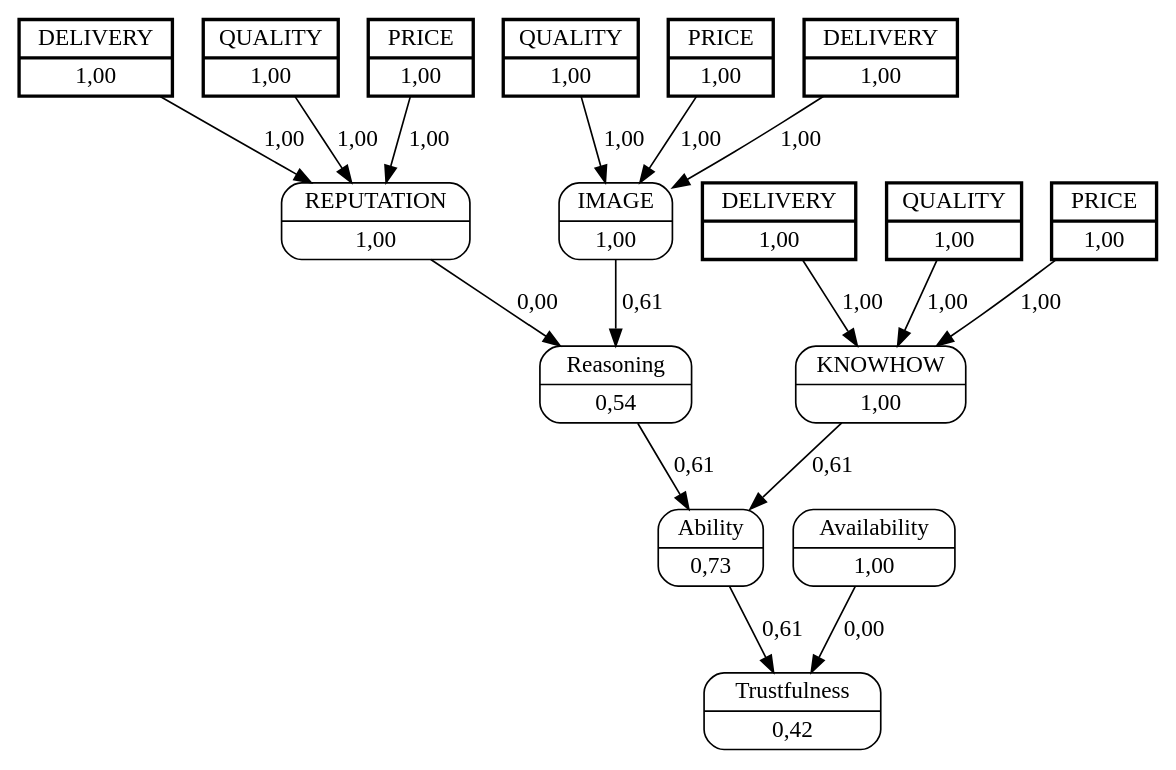
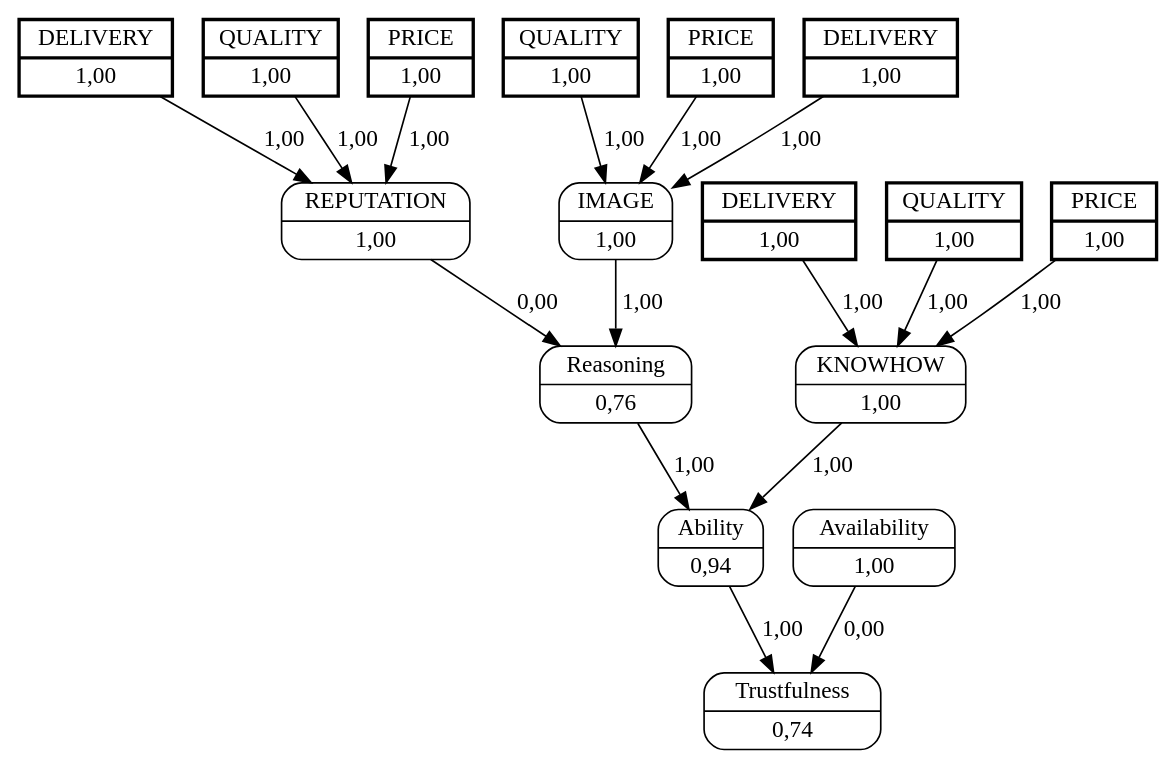
One commit to jjbaqueta/unload_experiment changed the diagram in unload_boxes/dots/buyer2seller1.dot. Above: the diagram before and after it, drawn with Graphviz. The commit also changed 29 other files, not shown here.

```diff
--- a/unload_boxes/dots/buyer2seller1.dot
+++ b/unload_boxes/dots/buyer2seller1.dot
@@ -1,39 +1,39 @@
 digraph FCM_net{
 	node [shape=record, style=rounded]
 	7 [label="{QUALITY | 1,00}", style=bold, penwidth=2, peripheries=2];
 	8 [label="{PRICE | 1,00}", style=bold, penwidth=2, peripheries=2];
 	9 [label="{DELIVERY | 1,00}", style=bold, penwidth=2, peripheries=2];
 	10 [label="{QUALITY | 1,00}", style=bold, penwidth=2, peripheries=2];
 	11 [label="{PRICE | 1,00}", style=bold, penwidth=2, peripheries=2];
 	12 [label="{DELIVERY | 1,00}", style=bold, penwidth=2, peripheries=2];
 	13 [label="{QUALITY | 1,00}", style=bold, penwidth=2, peripheries=2];
 	14 [label="{PRICE | 1,00}", style=bold, penwidth=2, peripheries=2];
 	15 [label="{DELIVERY | 1,00}", style=bold, penwidth=2, peripheries=2];
 	0 [label="{IMAGE | 1,00}"];
 	1 [label="{REPUTATION | 1,00}"];
 	2 [label="{KNOWHOW | 1,00}"];
-	3 [label="{Reasoning | 0,54}"];
-	4 [label="{Ability | 0,73}"];
+	3 [label="{Reasoning | 0,76}"];
+	4 [label="{Ability | 0,94}"];
 	5 [label="{Availability | 1,00}"];
-	6 [label="{Trustfulness | 0,42}"];
+	6 [label="{Trustfulness | 0,74}"];
 	7 [label="{QUALITY | 1,00}"];
 	8 [label="{PRICE | 1,00}"];
 	9 [label="{DELIVERY | 1,00}"];
 	11 [label="{PRICE | 1,00}"];
 	13 [label="{QUALITY | 1,00}"];
-	0 -> 3 [label = "0,61"];
+	0 -> 3 [label = "1,00"];
 	1 -> 3 [label = "0,00"];
-	3 -> 4 [label = "0,61"];
-	2 -> 4 [label = "0,61"];
-	4 -> 6 [label = "0,61"];
+	3 -> 4 [label = "1,00"];
+	2 -> 4 [label = "1,00"];
+	4 -> 6 [label = "1,00"];
 	5 -> 6 [label = "0,00"];
 	7 -> 0 [label = "1,00"];
 	8 -> 0 [label = "1,00"];
 	9 -> 0 [label = "1,00"];
 	10 -> 1 [label = "1,00"];
 	11 -> 1 [label = "1,00"];
 	12 -> 1 [label = "1,00"];
 	13 -> 2 [label = "1,00"];
 	14 -> 2 [label = "1,00"];
 	15 -> 2 [label = "1,00"];
 }
```
